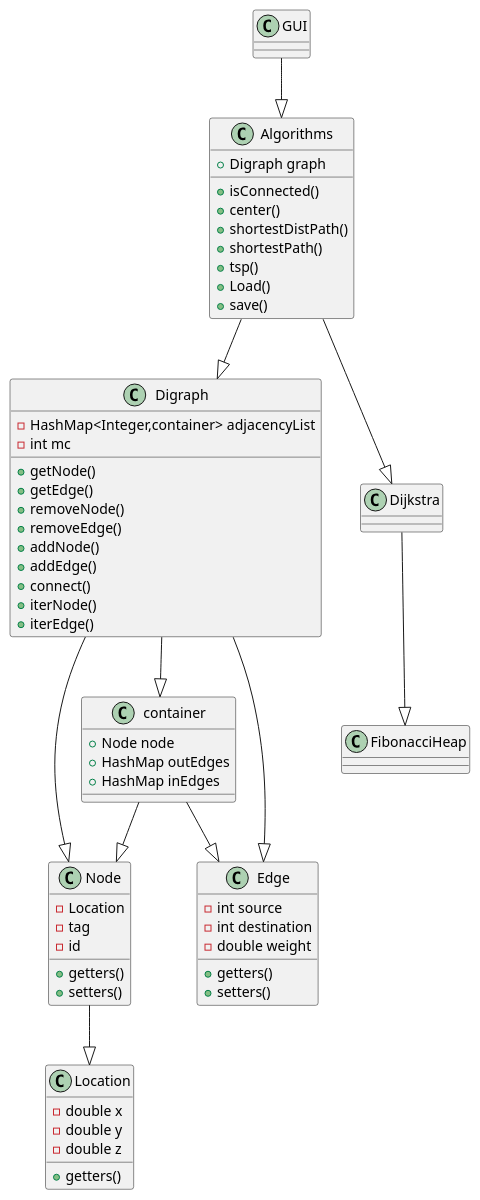
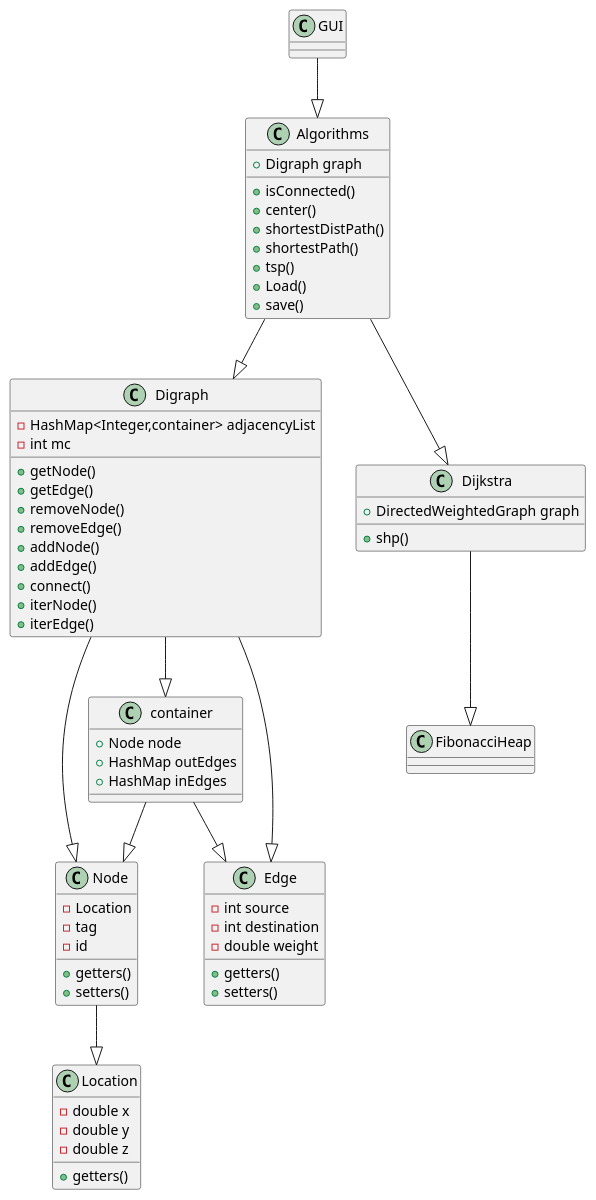
Before and after one commit to sandler2806/Graph-Calculator-Java: the diagram in diagram.puml, drawn with PlantUML. The commit also changed 2 other files, not shown here.

Commit message:
update UML

```diff
--- a/diagram.puml
+++ b/diagram.puml
@@ -1,86 +1,91 @@
 @startuml
 'https://plantuml.com/class-diagram
 
 class Digraph
 class Node
 class Edge
 class Algorithms
 class Dijkstra
 class FibonacciHeap
 class Location
 class GUI
 class container
 
 
 
 Digraph --|> Node
 Digraph --|> Edge
 Digraph --|> container
 container --|> Node
 container --|> Edge
 Node --|> Location
 Algorithms --|> Digraph
 Algorithms --|> Dijkstra
 Dijkstra --|> FibonacciHeap
 GUI --|> Algorithms
+
+class Dijkstra{
++DirectedWeightedGraph graph
++shp()
+}
 
 
 class Node {
 -Location
 -tag
 -id
 +getters()
 +setters()
 
 }
 class Algorithms{
 +Digraph graph
 +isConnected()
 +center()
 +shortestDistPath()
 +shortestPath()
 +tsp()
 +Load()
 +save()
 
 }
 class Edge{
 -int source
 -int destination
 -double weight
 +getters()
 +setters()
 
 }
 
 class Digraph{
 -HashMap<Integer,container> adjacencyList
 -int mc
 +getNode()
 +getEdge()
 +removeNode()
 +removeEdge()
 +addNode()
 +addEdge()
 +connect()
 +iterNode()
 +iterEdge()
 }
 
 
 class Location {
 -double x
 -double y
 -double z
 +getters()
 }
 
 class container{
 +Node node
 +HashMap outEdges
 +HashMap inEdges
 }
 
 
 
 @enduml
```
